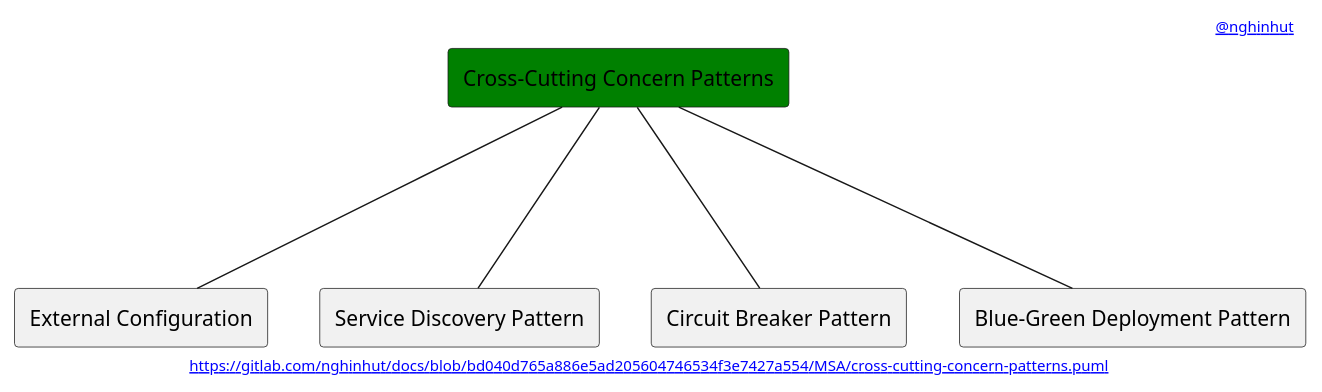
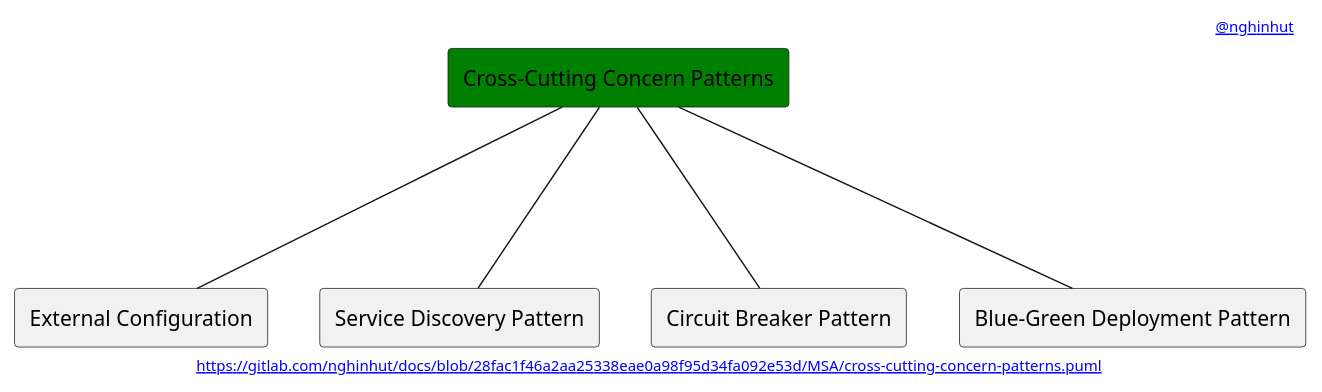
The diagram in MSA/cross-cutting-concern-patterns.puml (nghinhut/docs), drawn with PlantUML before and after one commit. The commit also changed 18 other files, not shown here.

Commit message:
Update diagrams

```diff
--- a/MSA/cross-cutting-concern-patterns.puml
+++ b/MSA/cross-cutting-concern-patterns.puml
@@ -1,18 +1,18 @@
 @startuml
 '-----START auto generated metadata please keep comment here to allow auto update-----
 '-----DON'T EDIT THIS SECTION, INSTEAD RE-RUN prebuild.sh TO UPDATE-----
-header [[www.nghinhut.dev?from=http://www.plantuml.com/plantuml/proxy?fmt=svg&src=https://gitlab.com/nghinhut/docs/raw/bd040d765a886e5ad205604746534f3e7427a554/MSA/cross-cutting-concern-patterns.puml @nghinhut]]
-footer [[http://www.plantuml.com/plantuml/proxy?fmt=svg&src=https://gitlab.com/nghinhut/docs/raw/bd040d765a886e5ad205604746534f3e7427a554/MSA/cross-cutting-concern-patterns.puml https://gitlab.com/nghinhut/docs/blob/bd040d765a886e5ad205604746534f3e7427a554/MSA/cross-cutting-concern-patterns.puml]]
+header [[www.nghinhut.dev?from=http%5C%3A%5C%2F%5C%2Fwww%5C.plantuml%5C.com%5C%2Fplantuml%5C%2Fproxy%3Ffmt%3Dsvg%5C%26src%3Dhttps%5C%3A%5C%2F%5C%2Fgitlab%5C.com%5C%2Fnghinhut%5C%2Fdocs%5C%2Fraw%5C%2F28fac1f46a2aa25338eae0a98f95d34fa092e53d%5C%2FMSA%5C%2Fcross-cutting-concern-patterns%5C.puml%0A @nghinhut]]
+footer [[http://www.plantuml.com/plantuml/proxy?fmt=svg&src=https://gitlab.com/nghinhut/docs/raw/28fac1f46a2aa25338eae0a98f95d34fa092e53d/MSA/cross-cutting-concern-patterns.puml https://gitlab.com/nghinhut/docs/blob/28fac1f46a2aa25338eae0a98f95d34fa092e53d/MSA/cross-cutting-concern-patterns.puml]]
 '-----END auto generated metadata please keep comment here to allow auto update-----
 
 rectangle "Cross-Cutting Concern Patterns" as CrossCuttingConcern #green
 
 rectangle "External Configuration" as CrossCuttingConcernP1
 rectangle "Service Discovery Pattern" as CrossCuttingConcernP2
 rectangle "Circuit Breaker Pattern" as CrossCuttingConcernP3
 rectangle "Blue-Green Deployment Pattern" as CrossCuttingConcernP4
 CrossCuttingConcern --- CrossCuttingConcernP1
 CrossCuttingConcern --- CrossCuttingConcernP2
 CrossCuttingConcern --- CrossCuttingConcernP3
 CrossCuttingConcern --- CrossCuttingConcernP4
 @enduml
```
